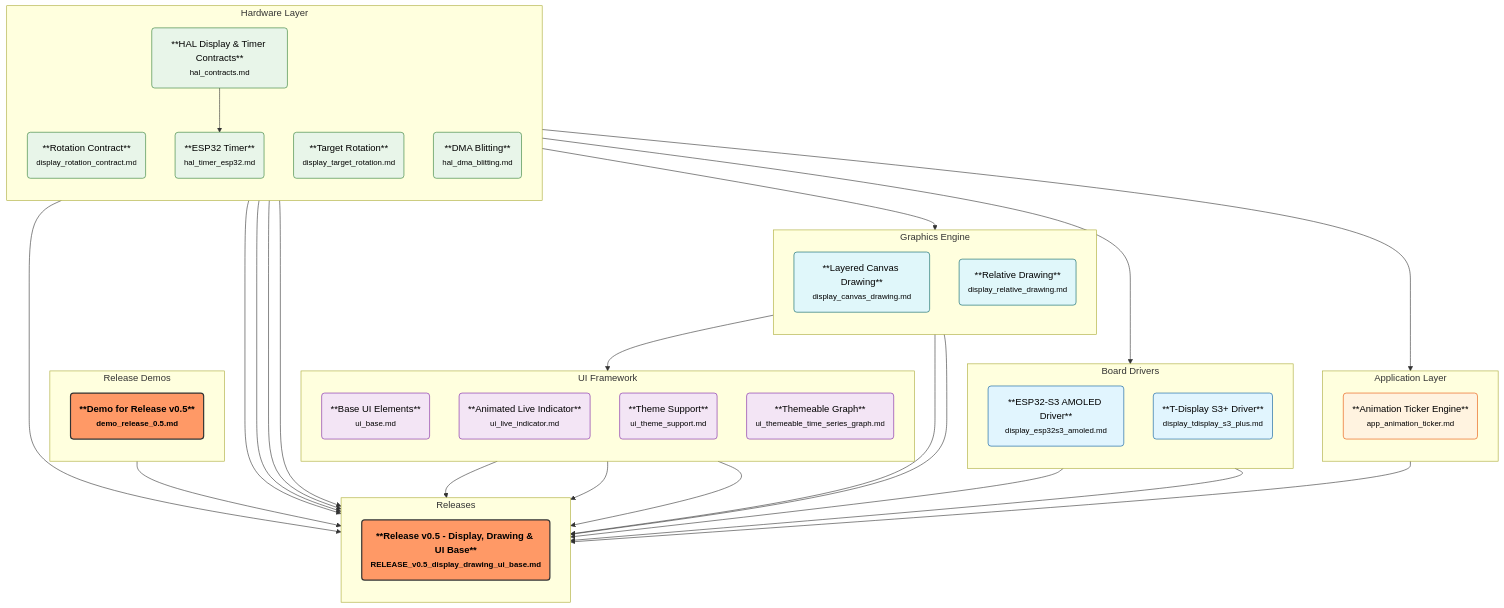
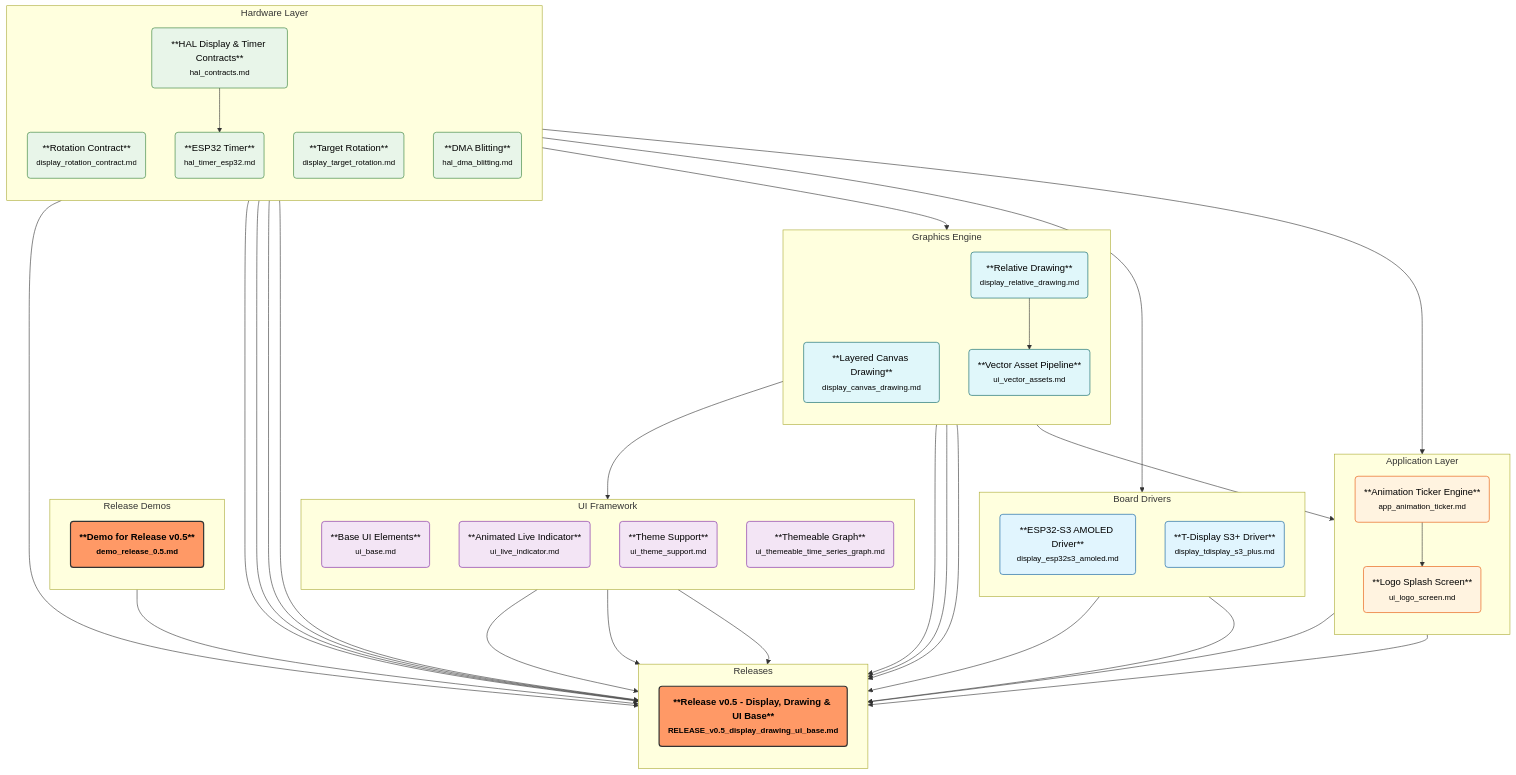
The diagram in README.md (rlabarca/LPad), drawn with Mermaid before and after one commit. The commit also changed 6 other files, not shown here.

Commit message:
chore(process): Define Logo Screen and Vector Asset pipeline

````diff
--- a/README.md
+++ b/README.md
@@ -67,75 +67,82 @@
 ```mermaid
 graph TD
     %% Styling
     classDef default fill:#e1f5fe,stroke:#01579b,stroke-width:1px,color:black;
     classDef release fill:#f96,stroke:#333,stroke-width:2px,color:black,font-weight:bold;
     classDef hardware fill:#e8f5e9,stroke:#2e7d32,stroke-width:1px,color:black;
     classDef ui fill:#f3e5f5,stroke:#7b1fa2,stroke-width:1px,color:black;
     classDef app fill:#fff3e0,stroke:#e65100,stroke-width:1px,color:black;
     classDef graphics fill:#e0f7fa,stroke:#006064,stroke-width:1px,color:black;
 
     subgraph Application_Layer ["Application Layer"]
         direction TB
         app_animation_ticker("**Animation Ticker Engine**<br/><small>app_animation_ticker.md</small>"):::app
+        ui_logo_screen("**Logo Splash Screen**<br/><small>ui_logo_screen.md</small>"):::app
     end
 
     subgraph Board_Drivers ["Board Drivers"]
         direction TB
         display_esp32s3_amoled("**ESP32-S3 AMOLED Driver**<br/><small>display_esp32s3_amoled.md</small>")
         display_tdisplay_s3_plus("**T-Display S3+ Driver**<br/><small>display_tdisplay_s3_plus.md</small>")
     end
 
     subgraph Graphics_Engine ["Graphics Engine"]
         direction TB
         display_canvas_drawing("**Layered Canvas Drawing**<br/><small>display_canvas_drawing.md</small>"):::graphics
         display_relative_drawing("**Relative Drawing**<br/><small>display_relative_drawing.md</small>"):::graphics
+        ui_vector_assets("**Vector Asset Pipeline**<br/><small>ui_vector_assets.md</small>"):::graphics
     end
 
     subgraph Hardware_Layer ["Hardware Layer"]
         direction TB
         display_rotation_contract("**Rotation Contract**<br/><small>display_rotation_contract.md</small>"):::hardware
         display_target_rotation("**Target Rotation**<br/><small>display_target_rotation.md</small>"):::hardware
         hal_contracts("**HAL Display & Timer Contracts**<br/><small>hal_contracts.md</small>"):::hardware
         hal_dma_blitting("**DMA Blitting**<br/><small>hal_dma_blitting.md</small>"):::hardware
         hal_timer_esp32("**ESP32 Timer**<br/><small>hal_timer_esp32.md</small>"):::hardware
     end
 
     subgraph Release_Demos ["Release Demos"]
         direction TB
         demo_release_0_5("**Demo for Release v0.5**<br/><small>demo_release_0.5.md</small>"):::release
     end
 
     subgraph Releases ["Releases"]
         direction TB
         RELEASE_v0_5_display_drawing_ui_base("**Release v0.5 - Display, Drawing & UI Base**<br/><small>RELEASE_v0.5_display_drawing_ui_base.md</small>"):::release
     end
 
     subgraph UI_Framework ["UI Framework"]
         direction TB
         ui_base("**Base UI Elements**<br/><small>ui_base.md</small>"):::ui
         ui_live_indicator("**Animated Live Indicator**<br/><small>ui_live_indicator.md</small>"):::ui
         ui_theme_support("**Theme Support**<br/><small>ui_theme_support.md</small>"):::ui
         ui_themeable_time_series_graph("**Themeable Graph**<br/><small>ui_themeable_time_series_graph.md</small>"):::ui
     end
 
     %% Relationships
     hal_contracts --> RELEASE_v0_5_display_drawing_ui_base
     hal_timer_esp32 --> RELEASE_v0_5_display_drawing_ui_base
     hal_dma_blitting --> RELEASE_v0_5_display_drawing_ui_base
     display_rotation_contract --> RELEASE_v0_5_display_drawing_ui_base
     display_target_rotation --> RELEASE_v0_5_display_drawing_ui_base
     display_esp32s3_amoled --> RELEASE_v0_5_display_drawing_ui_base
     display_tdisplay_s3_plus --> RELEASE_v0_5_display_drawing_ui_base
     display_canvas_drawing --> RELEASE_v0_5_display_drawing_ui_base
     display_relative_drawing --> RELEASE_v0_5_display_drawing_ui_base
     ui_base --> RELEASE_v0_5_display_drawing_ui_base
     app_animation_ticker --> RELEASE_v0_5_display_drawing_ui_base
     ui_live_indicator --> RELEASE_v0_5_display_drawing_ui_base
     ui_theme_support --> RELEASE_v0_5_display_drawing_ui_base
+    ui_vector_assets --> RELEASE_v0_5_display_drawing_ui_base
+    ui_logo_screen --> RELEASE_v0_5_display_drawing_ui_base
     demo_release_0_5 --> RELEASE_v0_5_display_drawing_ui_base
     hal_contracts --> app_animation_ticker
     hal_contracts --> display_canvas_drawing
     hal_contracts --> display_tdisplay_s3_plus
     hal_contracts --> hal_timer_esp32
+    ui_vector_assets --> ui_logo_screen
+    app_animation_ticker --> ui_logo_screen
     display_canvas_drawing --> ui_theme_support
+    display_relative_drawing --> ui_vector_assets
 ```
````
